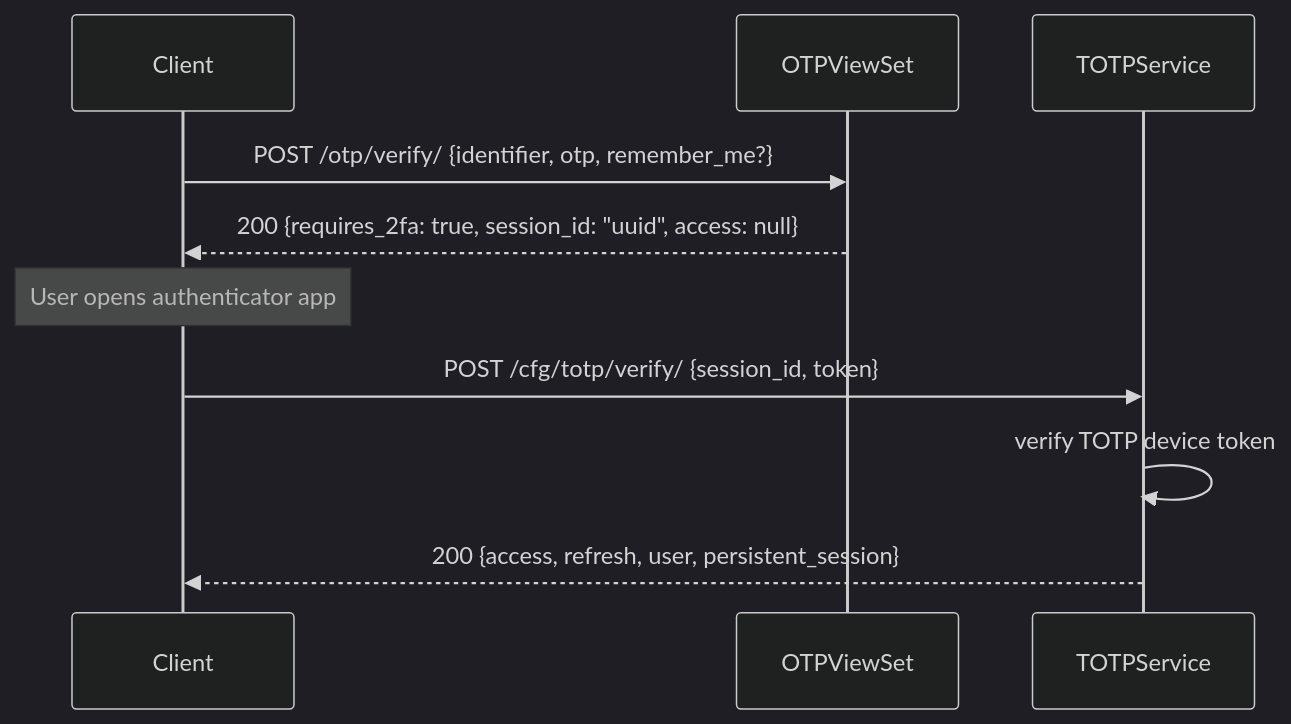
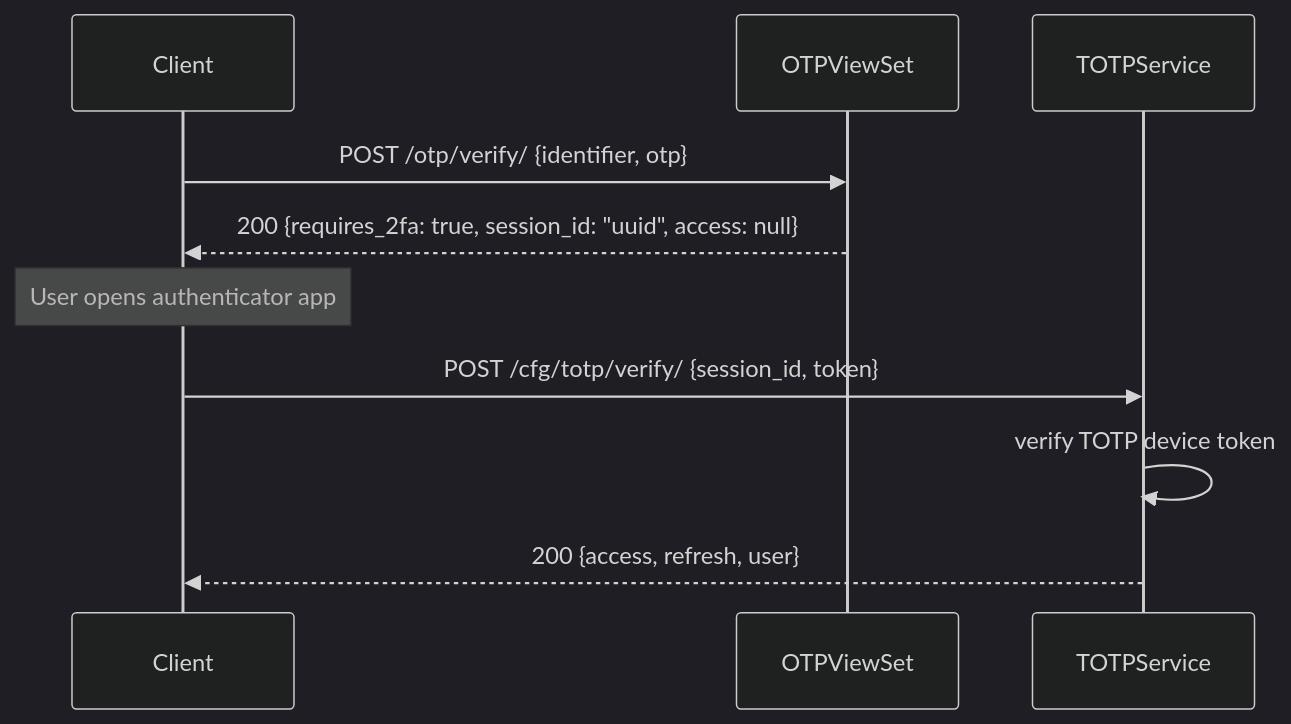
The first of 3 diagrams in docs/features/built-in-apps/user-management/accounts/two-factor.mdx (markolofsen/django-cfg), drawn with Mermaid (dark theme) before and after one commit. The commit also changed other lines of this file and 21 other files, not shown here.

````diff
--- a/docs/features/built-in-apps/user-management/accounts/two-factor.mdx
+++ b/docs/features/built-in-apps/user-management/accounts/two-factor.mdx
@@ -51,15 +51,15 @@
 ```mermaid
 sequenceDiagram
     participant C as Client
     participant V as OTPViewSet
     participant TS as TOTPService
 
-    C->>V: POST /otp/verify/ {identifier, otp, remember_me?}
+    C->>V: POST /otp/verify/ {identifier, otp}
     V-->>C: 200 {requires_2fa: true, session_id: "uuid", access: null}
 
     Note over C: User opens authenticator app
 
     C->>TS: POST /cfg/totp/verify/ {session_id, token}
     TS->>TS: verify TOTP device token
-    TS-->>C: 200 {access, refresh, user, persistent_session}
+    TS-->>C: 200 {access, refresh, user}
 ```
````
